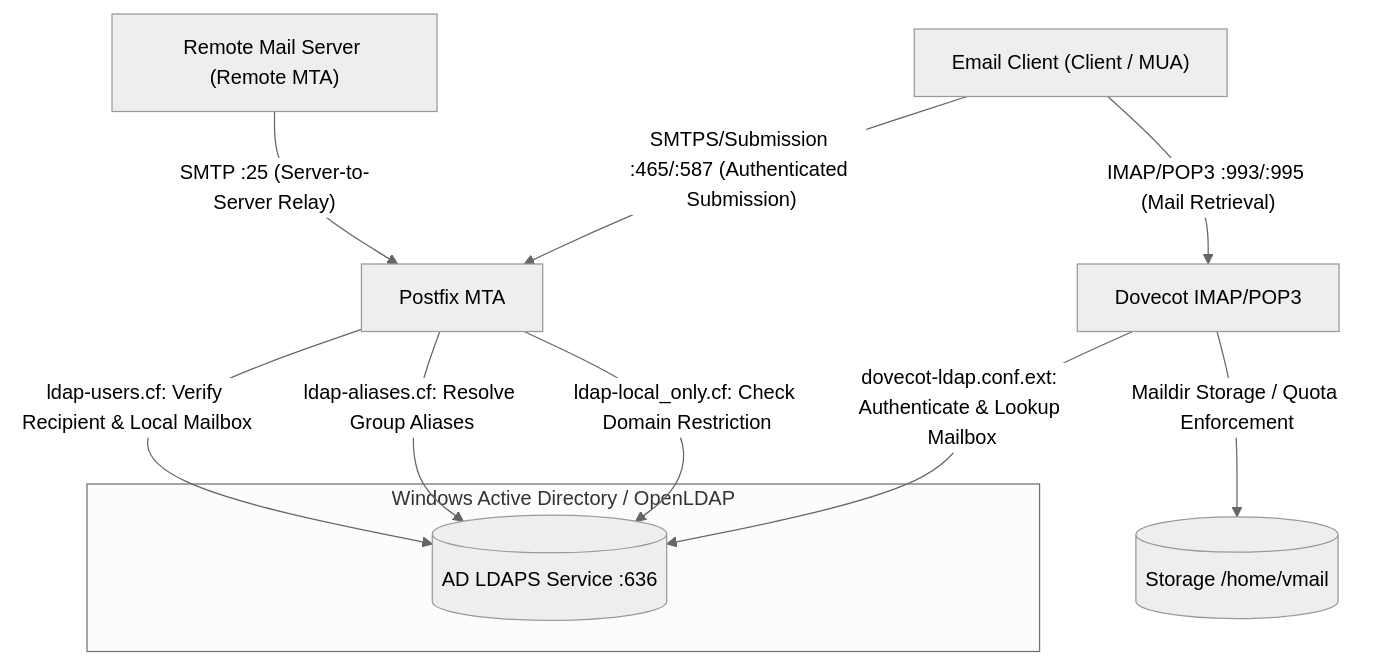
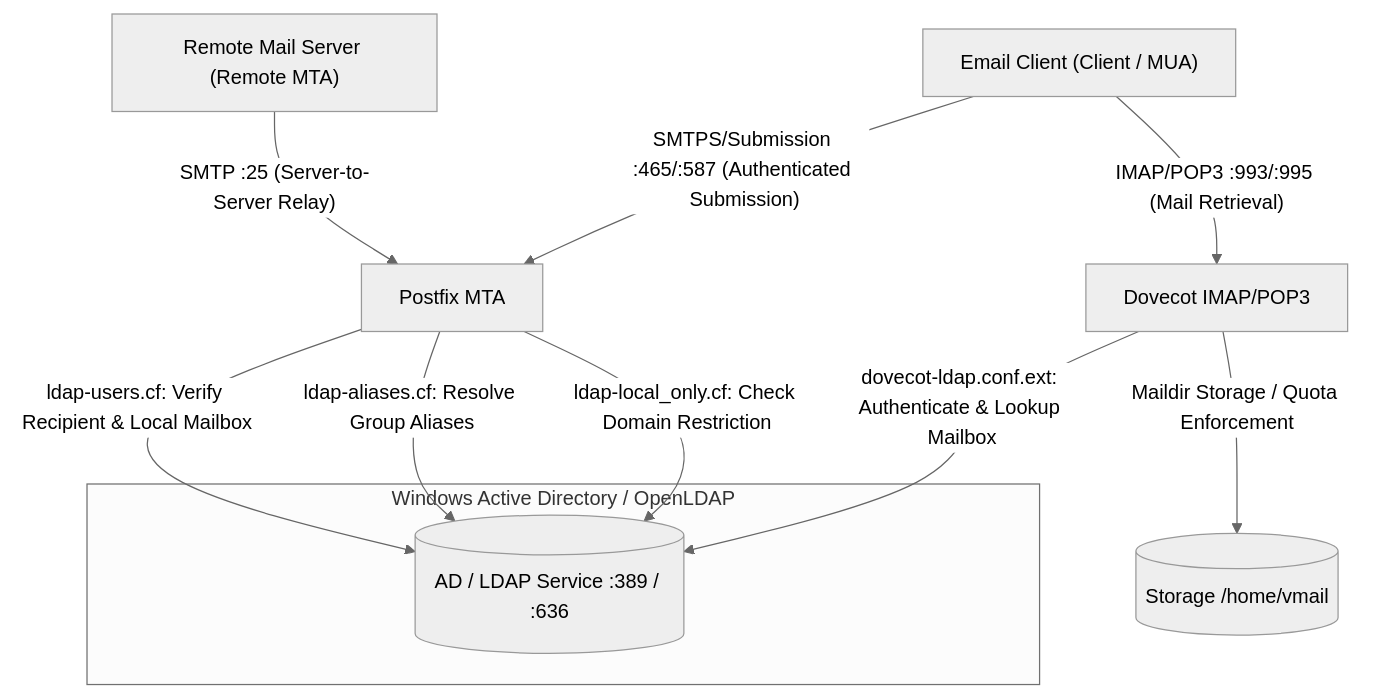
One commit to WilliamFromTW/docker-Postfix-AD changed the first of 4 diagrams in ARCHITECTURE.md. Above: the diagram before and after it, drawn with Mermaid (neutral theme). The commit also changed other lines of this file and 17 other files, not shown here.

Commit message:
feat(ldap): support configurable LDAP/LDAPS port with ENABLE_LDAPS (default 389)

````diff
--- a/ARCHITECTURE.md
+++ b/ARCHITECTURE.md
@@ -21,16 +21,16 @@
 ```mermaid
 graph TD
     RemoteMTA["Remote Mail Server (Remote MTA)"] -->|"SMTP :25 (Server-to-Server Relay)"| Postfix["Postfix MTA"]
     Client["Email Client (Client / MUA)"] -->|"SMTPS/Submission :465/:587 (Authenticated Submission)"| Postfix
     Client -->|"IMAP/POP3 :993/:995 (Mail Retrieval)"| Dovecot["Dovecot IMAP/POP3"]
     
     subgraph AD_DC ["Windows Active Directory / OpenLDAP"]
-        AD[("AD LDAPS Service :636")]
+        AD[("AD / LDAP Service :389 / :636")]
     end
 
     Postfix -->|ldap-users.cf: Verify Recipient & Local Mailbox| AD
     Postfix -->|ldap-aliases.cf: Resolve Group Aliases| AD
     Postfix -->|ldap-local_only.cf: Check Domain Restriction| AD
     Dovecot -->|dovecot-ldap.conf.ext: Authenticate & Lookup Mailbox| AD
     Dovecot -->|Maildir Storage / Quota Enforcement| VMail[("Storage /home/vmail")]
 ```
````
